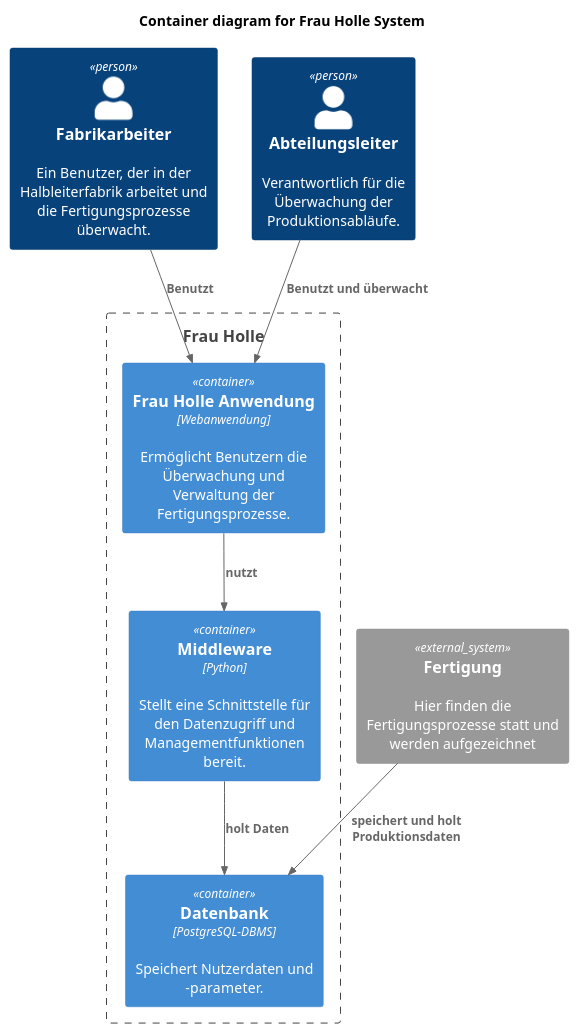
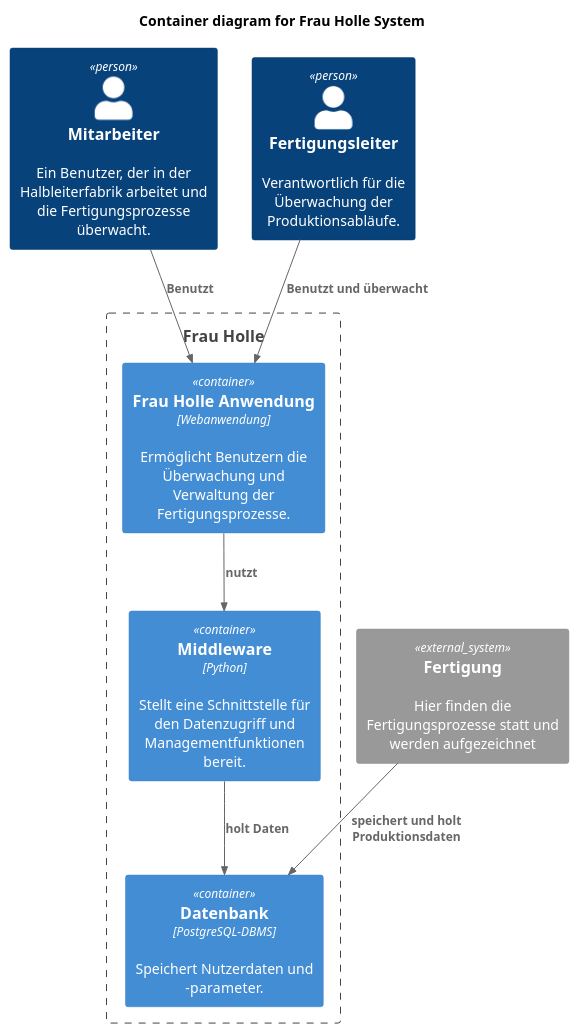
Before and after one commit to RichardSchultz-gh/semiconductor-logistics-automation: the diagram in docs/architecture/plantuml/Frau_Holle_Container_C4.puml, drawn with PlantUML. The commit also changed 5 other files, not shown here.

Commit message:
ändern von "Abteilungsleiter" auf "Fertigungsleiter"

```diff
--- a/docs/architecture/plantuml/Frau_Holle_Container_C4.puml
+++ b/docs/architecture/plantuml/Frau_Holle_Container_C4.puml
@@ -1,28 +1,28 @@
 @startuml Frau_Holle_Container_C4
 
 !include https://raw.githubusercontent.com/plantuml-stdlib/C4-PlantUML/master/C4_Container.puml
 
 title Container diagram for Frau Holle System
 
-Person(worker, "Fabrikarbeiter", "Ein Benutzer, der in der Halbleiterfabrik arbeitet und die Fertigungsprozesse überwacht.")
-Person(manager, "Abteilungsleiter", "Verantwortlich für die Überwachung der Produktionsabläufe.")
+Person(worker, "Mitarbeiter", "Ein Benutzer, der in der Halbleiterfabrik arbeitet und die Fertigungsprozesse überwacht.")
+Person(manager, "Fertigungsleiter", "Verantwortlich für die Überwachung der Produktionsabläufe.")
 
 Boundary(frauHolleBoundary, "Frau Holle ") {
 
 Container(frauHolleApp, "Frau Holle Anwendung", "Webanwendung", "Ermöglicht Benutzern die Überwachung und Verwaltung der Fertigungsprozesse.")
 Container(db, "Datenbank", "PostgreSQL-DBMS", "Speichert Nutzerdaten und -parameter.")
 Container(api, "Middleware", "Python", "Stellt eine Schnittstelle für den Datenzugriff und Managementfunktionen bereit.")
 
 Rel(worker, frauHolleApp, "Benutzt")
 Rel(manager, frauHolleApp, "Benutzt und überwacht")
 Rel(frauHolleApp, api, "nutzt")
 
 
 }
 
 System_Ext(manufacturing, "Fertigung", "Hier finden die Fertigungsprozesse statt und werden aufgezeichnet")
 
 
 Rel(manufacturing, db, "speichert und holt Produktionsdaten")
 Rel(api, db, "holt Daten")
 @enduml
```
